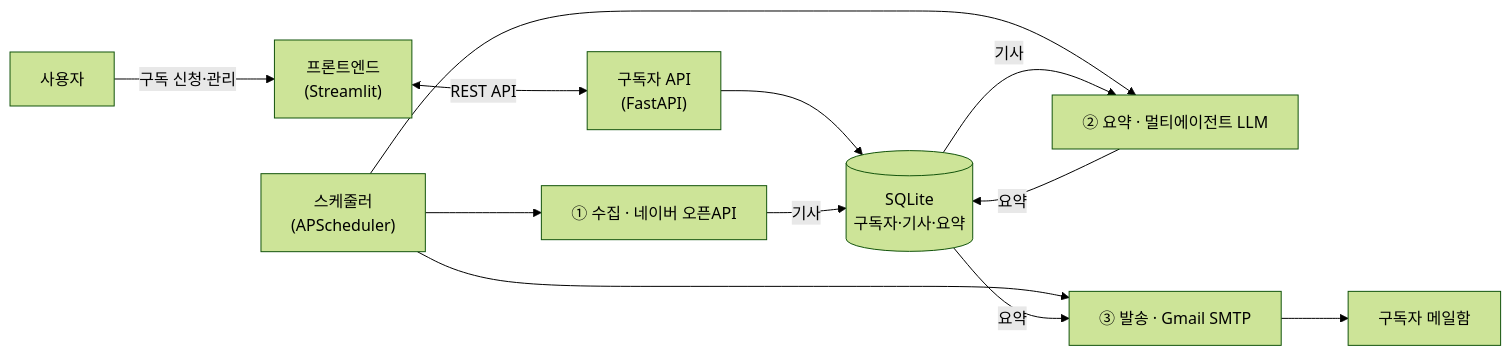
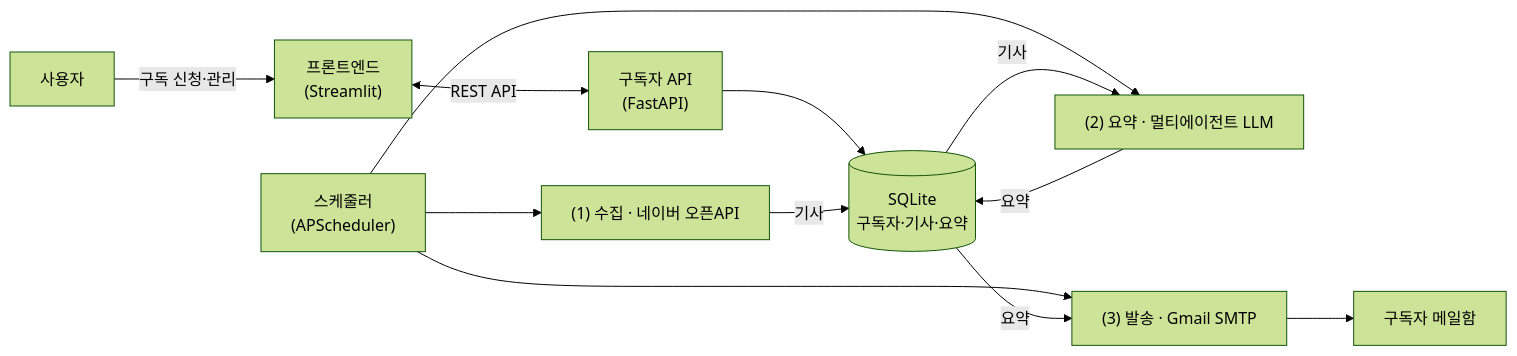
The diagram in README.md (jimmychoi46/KNU-AI-Boot-2026-Team-project), drawn with Mermaid (forest theme) before and after one commit. The commit also changed other lines of this file and 2 other files, not shown here.

````diff
--- a/README.md
+++ b/README.md
@@ -28,15 +28,15 @@
 ```mermaid
 flowchart LR
     U["사용자"] -->|"구독 신청·관리"| FE["프론트엔드<br/>(Streamlit)"]
     FE <-->|"REST API"| API["구독자 API<br/>(FastAPI)"]
     API --> DB[("SQLite<br/>구독자·기사·요약")]
 
-    SCH["스케줄러<br/>(APScheduler)"] --> COL["① 수집 · 네이버 오픈API"]
+    SCH["스케줄러<br/>(APScheduler)"] --> COL["(1) 수집 · 네이버 오픈API"]
     COL -->|"기사"| DB
-    SCH --> SUM["② 요약 · 멀티에이전트 LLM"]
+    SCH --> SUM["(2) 요약 · 멀티에이전트 LLM"]
     DB -->|"기사"| SUM
     SUM -->|"요약"| DB
-    SCH --> DIS["③ 발송 · Gmail SMTP"]
+    SCH --> DIS["(3) 발송 · Gmail SMTP"]
     DB -->|"요약"| DIS
     DIS --> MAIL["구독자 메일함"]
 ```
````
